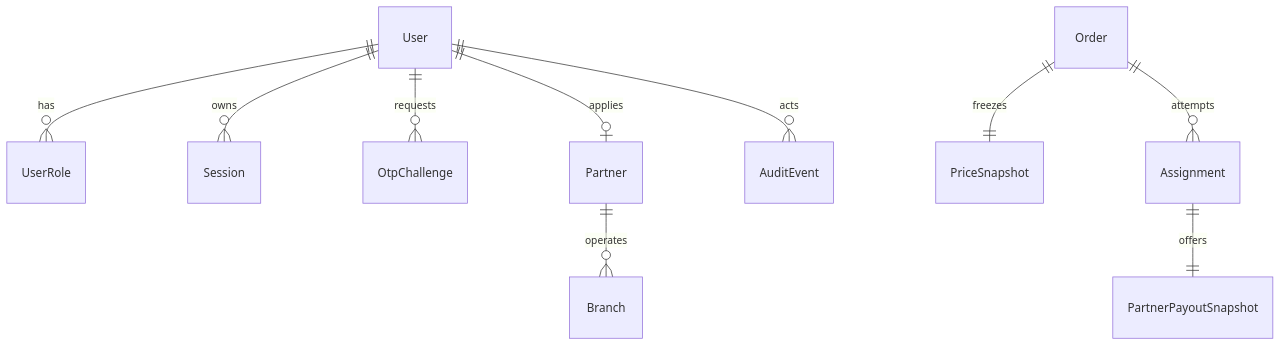
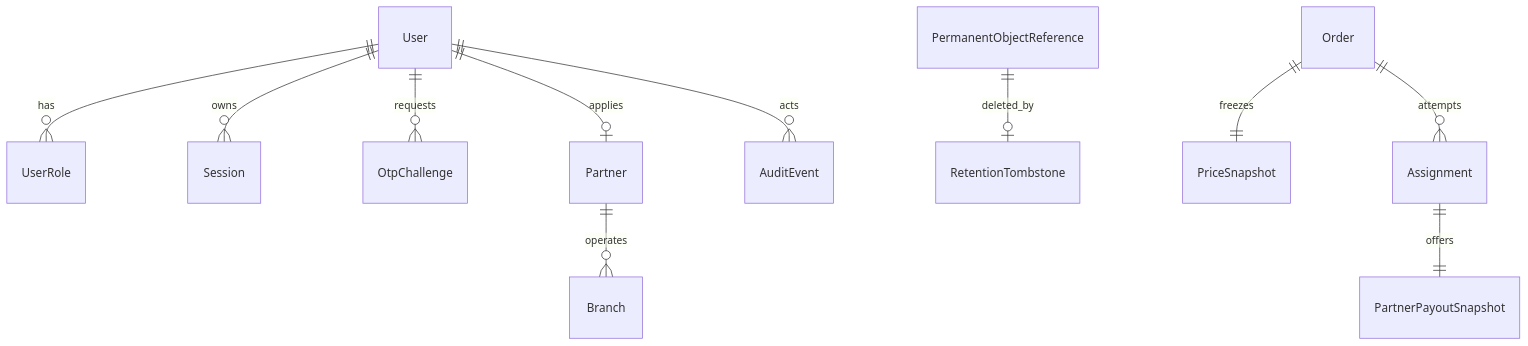
The second of 2 diagrams in docs/ARCHITECTURE.md (agata-flowers/agat-print), drawn with Mermaid before and after one commit. The commit also changed other lines of this file and 17 other files, not shown here.

````diff
--- a/docs/ARCHITECTURE.md
+++ b/docs/ARCHITECTURE.md
@@ -32,12 +32,13 @@
 ```mermaid
 erDiagram
   User ||--o{ UserRole : has
   User ||--o{ Session : owns
   User ||--o{ OtpChallenge : requests
   User ||--o| Partner : applies
   Partner ||--o{ Branch : operates
   User ||--o{ AuditEvent : acts
+  PermanentObjectReference ||--o| RetentionTombstone : deleted_by
   Order ||--|| PriceSnapshot : freezes
   Order ||--o{ Assignment : attempts
   Assignment ||--|| PartnerPayoutSnapshot : offers
 ```
````
